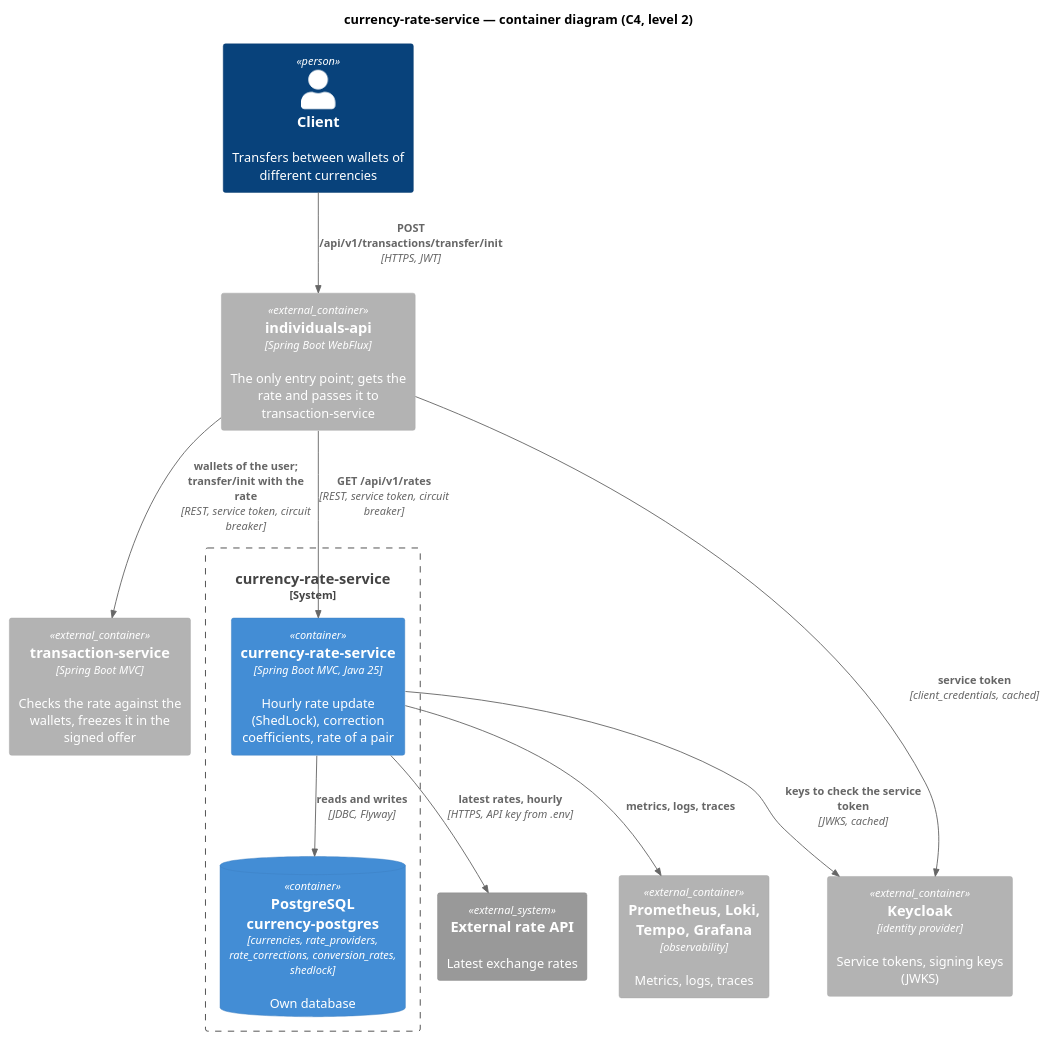
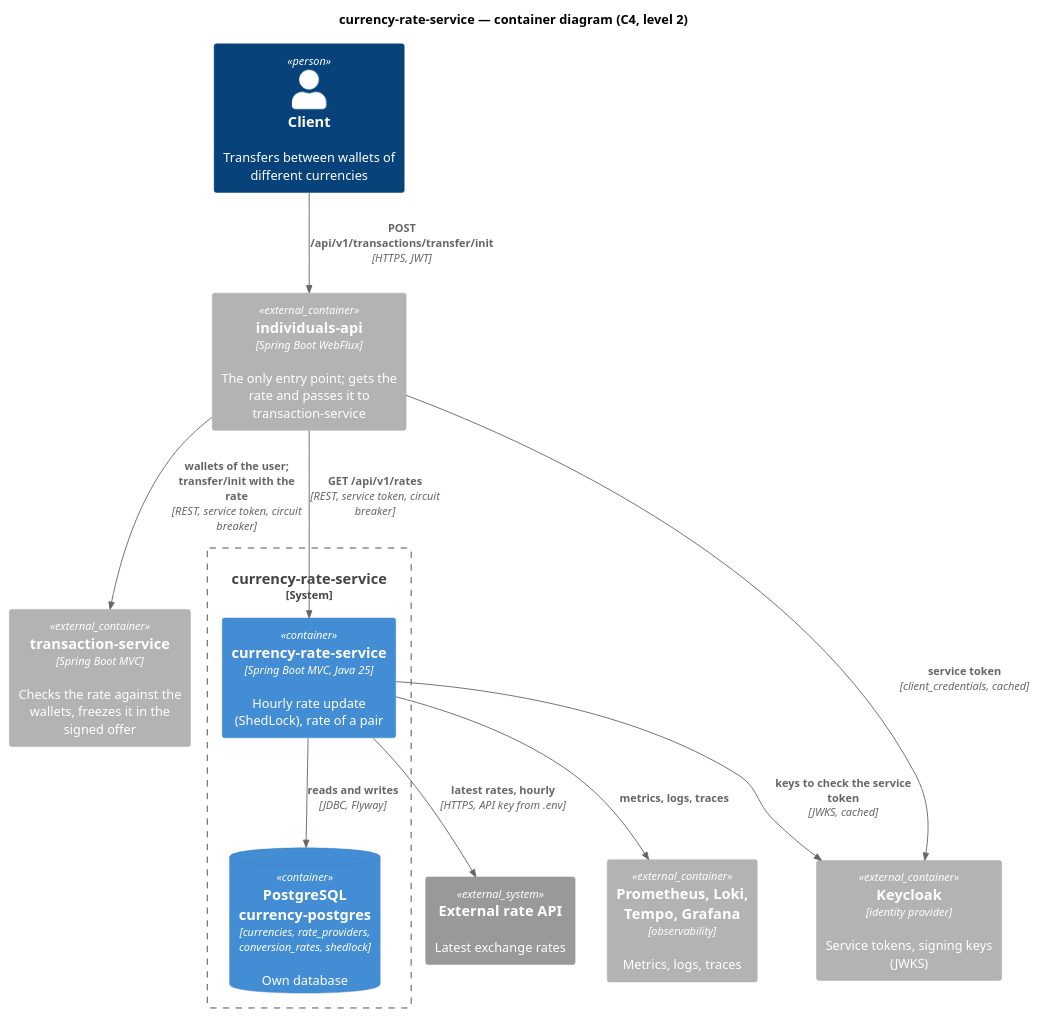
The diagram in currency-rate-service/diagrams-c4/container.puml (dezxxx/payment-platform), drawn with PlantUML before and after one commit. The commit also changed 118 other files, not shown here.

Commit message:
feat: add currency-rate-service and transfers between currencies through individuals-api

```diff
--- a/currency-rate-service/diagrams-c4/container.puml
+++ b/currency-rate-service/diagrams-c4/container.puml
@@ -1,28 +1,28 @@
 @startuml container
 !include <C4/C4_Container>
 
 title currency-rate-service — container diagram (C4, level 2)
 
 Person(client, "Client", "Transfers between wallets of different currencies")
 
 Container_Ext(individualsApi, "individuals-api", "Spring Boot WebFlux", "The only entry point; gets the rate and passes it to transaction-service")
 Container_Ext(transactionService, "transaction-service", "Spring Boot MVC", "Checks the rate against the wallets, freezes it in the signed offer")
 Container_Ext(keycloak, "Keycloak", "identity provider", "Service tokens, signing keys (JWKS)")
 
 System_Boundary(crs, "currency-rate-service") {
-    Container(app, "currency-rate-service", "Spring Boot MVC, Java 25", "Hourly rate update (ShedLock), correction coefficients, rate of a pair")
-    ContainerDb(db, "PostgreSQL currency-postgres", "currencies, rate_providers, rate_corrections, conversion_rates, shedlock", "Own database")
+    Container(app, "currency-rate-service", "Spring Boot MVC, Java 25", "Hourly rate update (ShedLock), rate of a pair")
+    ContainerDb(db, "PostgreSQL currency-postgres", "currencies, rate_providers, conversion_rates, shedlock", "Own database")
 }
 
 System_Ext(externalApi, "External rate API", "Latest exchange rates")
 Container_Ext(observability, "Prometheus, Loki, Tempo, Grafana", "observability", "Metrics, logs, traces")
 
 Rel(client, individualsApi, "POST /api/v1/transactions/transfer/init", "HTTPS, JWT")
 Rel(individualsApi, app, "GET /api/v1/rates", "REST, service token, circuit breaker")
 Rel(individualsApi, transactionService, "wallets of the user; transfer/init with the rate", "REST, service token, circuit breaker")
 Rel(individualsApi, keycloak, "service token", "client_credentials, cached")
 Rel(app, keycloak, "keys to check the service token", "JWKS, cached")
 Rel(app, externalApi, "latest rates, hourly", "HTTPS, API key from .env")
 Rel(app, db, "reads and writes", "JDBC, Flyway")
 Rel(app, observability, "metrics, logs, traces")
 @enduml
```
